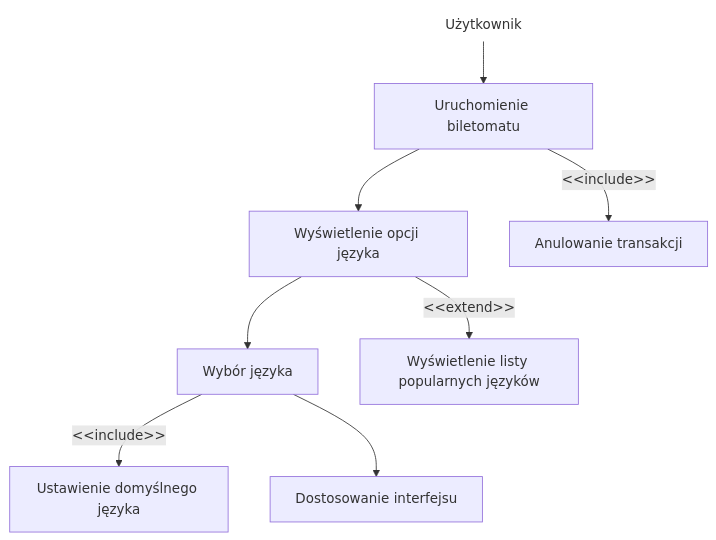
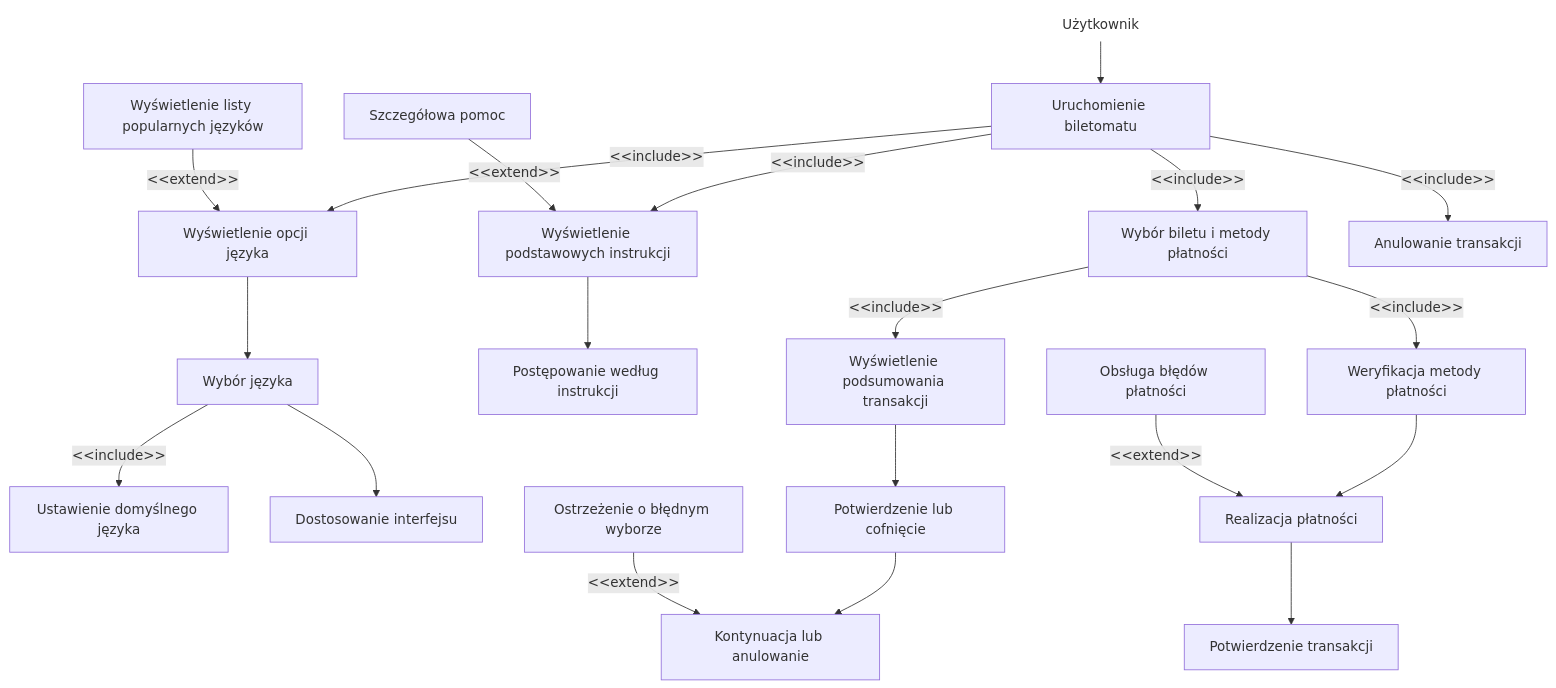
The diagram in uzytkownik.md (RukatM/MWO), drawn with Mermaid before and after one commit. The commit also changed other lines of this file, not shown here.

Commit message:
wspolny diagram

````diff
--- a/uzytkownik.md
+++ b/uzytkownik.md
@@ -45,12 +17,21 @@
-``` mermaid
+```mermaid
 flowchart TD
-    n1["Użytkownik"] --> A["Uruchomienie biletomatu"]
-    A --> B["Wyświetlenie opcji języka"]
-    B --> C["Wybór języka"]
-    C -- &lt;&lt;include&gt;&gt; --> D["Ustawienie domyślnego języka"]
-    C --> E["Dostosowanie interfejsu"]
-    B -- &lt;&lt;extend&gt;&gt; --> F["Wyświetlenie listy popularnych języków"]
-    A -- &lt;&lt;include&gt;&gt; --> G["Anulowanie transakcji"]
+    n1["Użytkownik"] --> A["Uruchomienie biletomatu<br>"]
+    A -- &lt;&lt;include&gt;&gt; --> B["Wyświetlenie podstawowych instrukcji"] & G["Wyświetlenie opcji języka"] & H["Wybór biletu i metody płatności"] & R["Anulowanie transakcji"]
+    G --> I["Wybór języka"]
+    I -- &lt;&lt;include&gt;&gt; --> J["Ustawienie domyślnego języka"]
+    I --> K["Dostosowanie interfejsu"]
+    L["Wyświetlenie listy popularnych języków"] -- &lt;&lt;extend&gt;&gt; --> G
+    B --> M["Postępowanie według instrukcji"]
+    N["Szczegółowa pomoc"] -- &lt;&lt;extend&gt;&gt; --> B
+    H -- &lt;&lt;include&gt;&gt; --> O["Wyświetlenie podsumowania transakcji"] & T["Weryfikacja metody płatności"]
+    O --> P["Potwierdzenie lub cofnięcie"]
+    P --> Q["Kontynuacja lub anulowanie"]
+    %% P -- &lt;&lt;include&gt;&gt; --> R["Anulowanie transakcji"]
+    S["Ostrzeżenie o błędnym wyborze"] -- &lt;&lt;extend&gt;&gt; --> Q
+    T --> U["Realizacja płatności"]
+    U --> V["Potwierdzenie transakcji"]
+    W["Obsługa błędów płatności"] -- &lt;&lt;extend&gt;&gt; --> U
 
     n1@{ shape: text}
 ```
````
